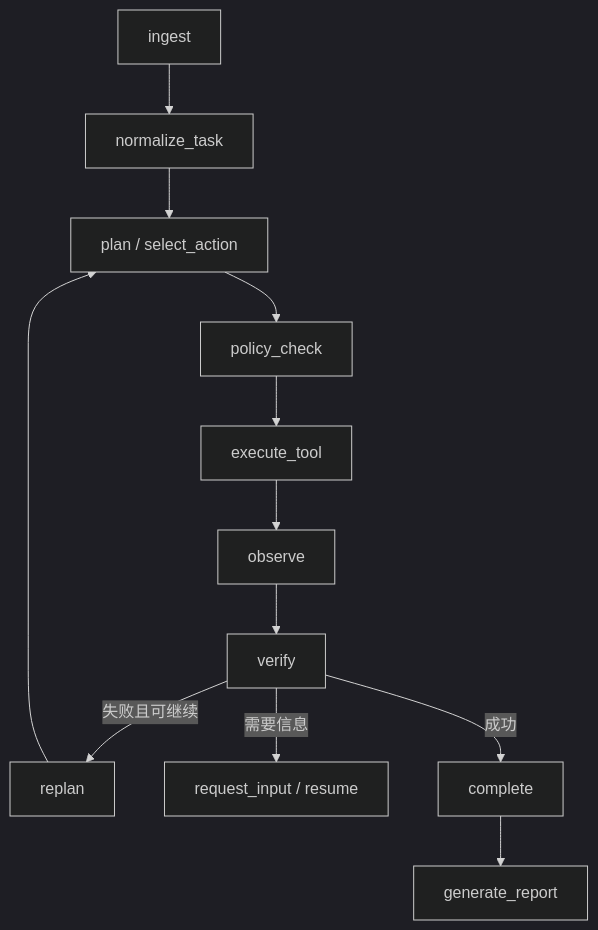
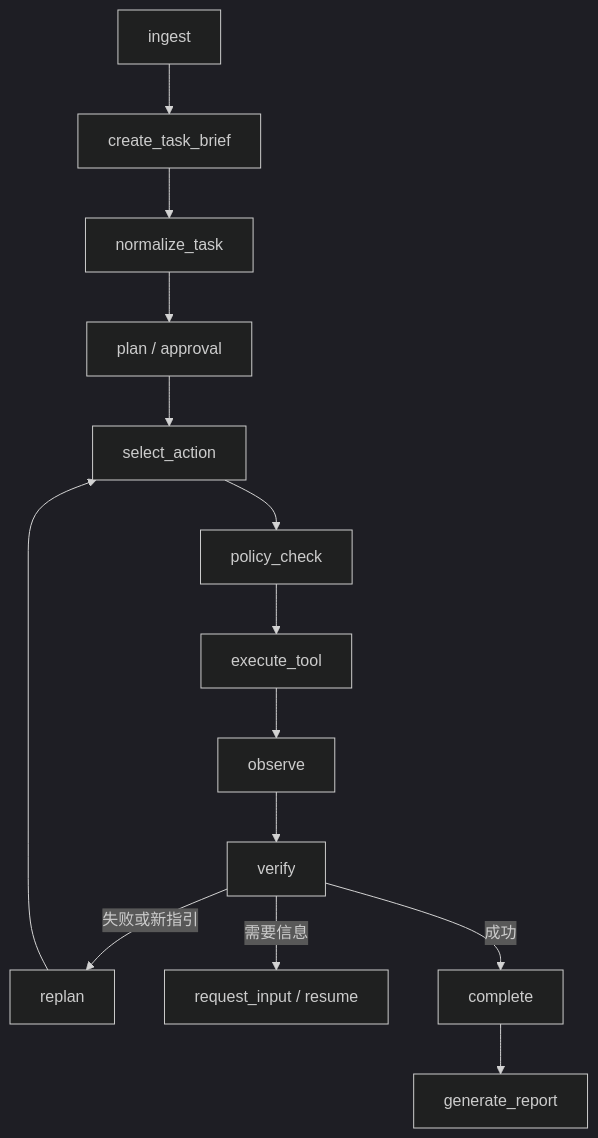
One commit to fuyao0612/gdaib-ctf-agent changed the second of 2 diagrams in docs/architecture.md. Above: the diagram before and after it, drawn with Mermaid (dark theme). The commit also changed other lines of this file and 17 other files, not shown here.

````diff
--- a/docs/architecture.md
+++ b/docs/architecture.md
@@ -26,9 +36,10 @@
 ```mermaid
 flowchart TD
-  A["ingest"] --> B["normalize_task"] --> C["plan / select_action"]
-  C --> D["policy_check"]
-  D --> E["execute_tool"] --> F["observe"] --> G["verify"]
-  G -->|失败且可继续| H["replan"] --> C
-  G -->|需要信息| I["request_input / resume"]
-  G -->|成功| J["complete"] --> K["generate_report"]
+  A["ingest"] --> B["create_task_brief"] --> C["normalize_task"] --> D["plan / approval"]
+  D --> E["select_action"]
+  E --> F["policy_check"]
+  F --> G["execute_tool"] --> H["observe"] --> I["verify"]
+  I -->|失败或新指引| J["replan"] --> E
+  I -->|需要信息| K["request_input / resume"]
+  I -->|成功| L["complete"] --> M["generate_report"]
 ```
````
